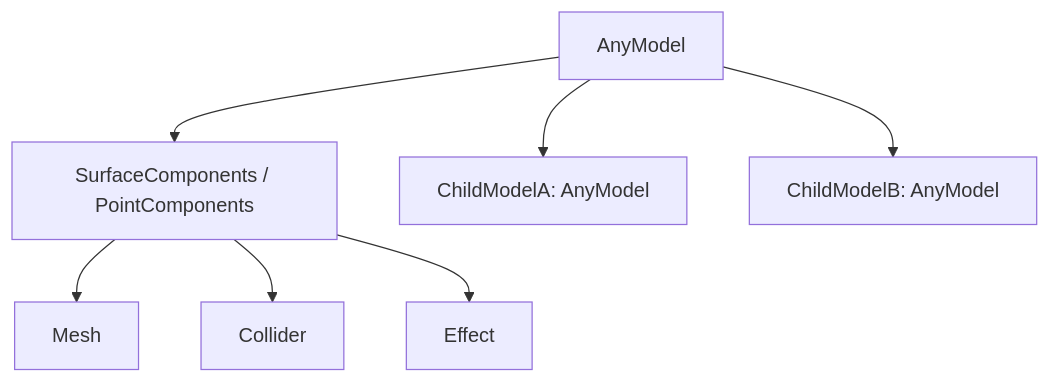
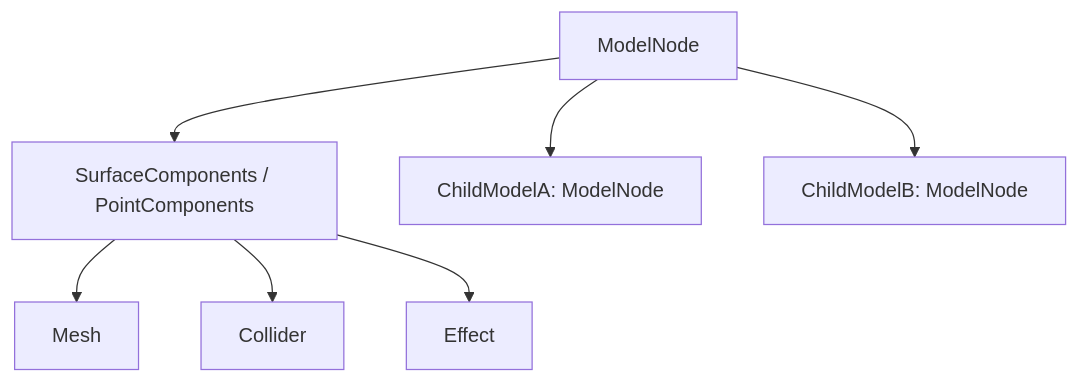
Before and after one commit to GuyISO/CoaXis: the diagram in CoaXisViewer/docs/MODEL_COMPONENTS_REFACTOR.md, drawn with Mermaid. The commit also changed other lines of this file and 61 other files, not shown here.

````diff
--- a/CoaXisViewer/docs/MODEL_COMPONENTS_REFACTOR.md
+++ b/CoaXisViewer/docs/MODEL_COMPONENTS_REFACTOR.md
@@ -9,9 +9,9 @@
 ```mermaid
 graph TD
-    A[AnyModel] --> B[SurfaceComponents / PointComponents]
+    A[ModelNode] --> B[SurfaceComponents / PointComponents]
     B --> C[Mesh]
     B --> D[Collider]
     B --> E[Effect]
-    A --> F[ChildModelA: AnyModel]
-    A --> G[ChildModelB: AnyModel]
+    A --> F[ChildModelA: ModelNode]
+    A --> G[ChildModelB: ModelNode]
 ```
````
